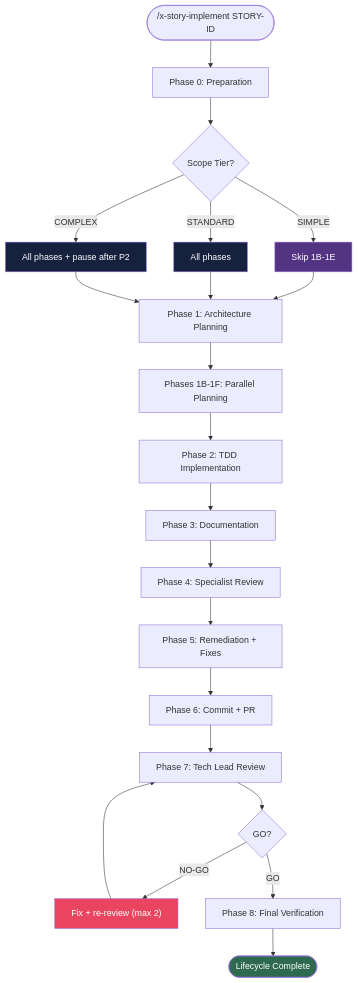
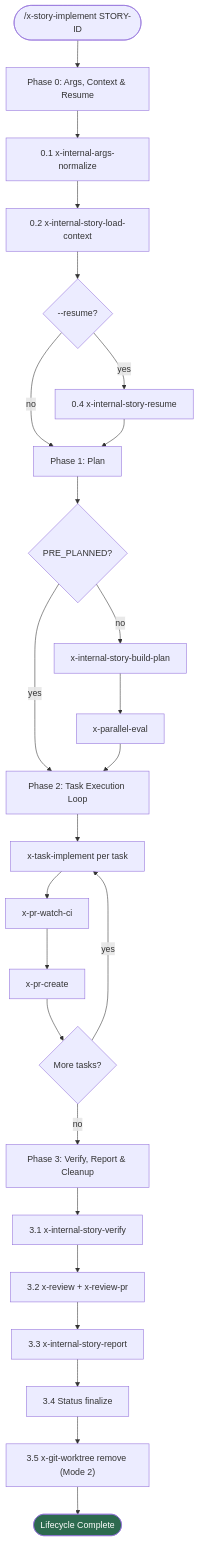
One commit to edercnj/ia-dev-environment changed the diagram in java/src/test/resources/golden/java-spring-event-driven/.claude/skills/x-story-implement/README.md. Above: the diagram before and after it, drawn with Mermaid. The commit also changed other lines of this file and 42 other files, not shown here.

````diff
--- a/java/src/test/resources/golden/java-spring-event-driven/.claude/skills/x-story-implement/README.md
+++ b/java/src/test/resources/golden/java-spring-event-driven/.claude/skills/x-story-implement/README.md
@@ -19,30 +21,32 @@
 ```mermaid
 flowchart TD
-    START(["/x-story-implement STORY-ID"]) --> P0["Phase 0: Preparation"]
-    P0 --> SCOPE{Scope Tier?}
-    SCOPE -->|SIMPLE| SKIP["Skip 1B-1E"]
-    SCOPE -->|STANDARD| ALL["All phases"]
-    SCOPE -->|COMPLEX| ALLPAUSE["All phases + pause after P2"]
-    SKIP --> P1
-    ALL --> P1
-    ALLPAUSE --> P1
+    START(["/x-story-implement STORY-ID"]) --> P0["Phase 0: Args, Context & Resume"]
+    P0 --> P0A["0.1 x-internal-args-normalize"]
+    P0A --> P0B["0.2 x-internal-story-load-context"]
+    P0B --> P0C{--resume?}
+    P0C -->|yes| P0D["0.4 x-internal-story-resume"]
+    P0C -->|no| P1
+    P0D --> P1
 
-    P1["Phase 1: Architecture Planning"] --> P1PAR["Phases 1B-1F: Parallel Planning"]
-    P1PAR --> P2["Phase 2: TDD Implementation"]
-    P2 --> P3["Phase 3: Documentation"]
-    P3 --> P4["Phase 4: Specialist Review"]
-    P4 --> P5["Phase 5: Remediation + Fixes"]
-    P5 --> P6["Phase 6: Commit + PR"]
-    P6 --> P7["Phase 7: Tech Lead Review"]
-    P7 --> P7D{GO?}
-    P7D -->|NO-GO| P7FIX["Fix + re-review (max 2)"]
-    P7FIX --> P7
-    P7D -->|GO| P8["Phase 8: Final Verification"]
-    P8 --> DONE(["Lifecycle Complete"])
+    P1["Phase 1: Plan"] --> P1A{PRE_PLANNED?}
+    P1A -->|yes| P2
+    P1A -->|no| P1B["x-internal-story-build-plan"]
+    P1B --> P1C["x-parallel-eval"]
+    P1C --> P2
 
-    style SKIP fill:#533483,color:#fff
+    P2["Phase 2: Task Execution Loop"] --> P2A["x-task-implement per task"]
+    P2A --> P2B["x-pr-watch-ci"]
+    P2B --> P2C["x-pr-create"]
+    P2C --> P2D{More tasks?}
+    P2D -->|yes| P2A
+    P2D -->|no| P3
+
+    P3["Phase 3: Verify, Report & Cleanup"] --> P3A["3.1 x-internal-story-verify"]
+    P3A --> P3B["3.2 x-review + x-review-pr"]
+    P3B --> P3C["3.3 x-internal-story-report"]
+    P3C --> P3D["3.4 Status finalize"]
+    P3D --> P3E["3.5 x-git-worktree remove (Mode 2)"]
+    P3E --> DONE(["Lifecycle Complete"])
+
     style DONE fill:#2d6a4f,color:#fff
-    style P7FIX fill:#e94560,color:#fff
-    style ALL fill:#16213e,color:#fff
-    style ALLPAUSE fill:#16213e,color:#fff
 ```
````
